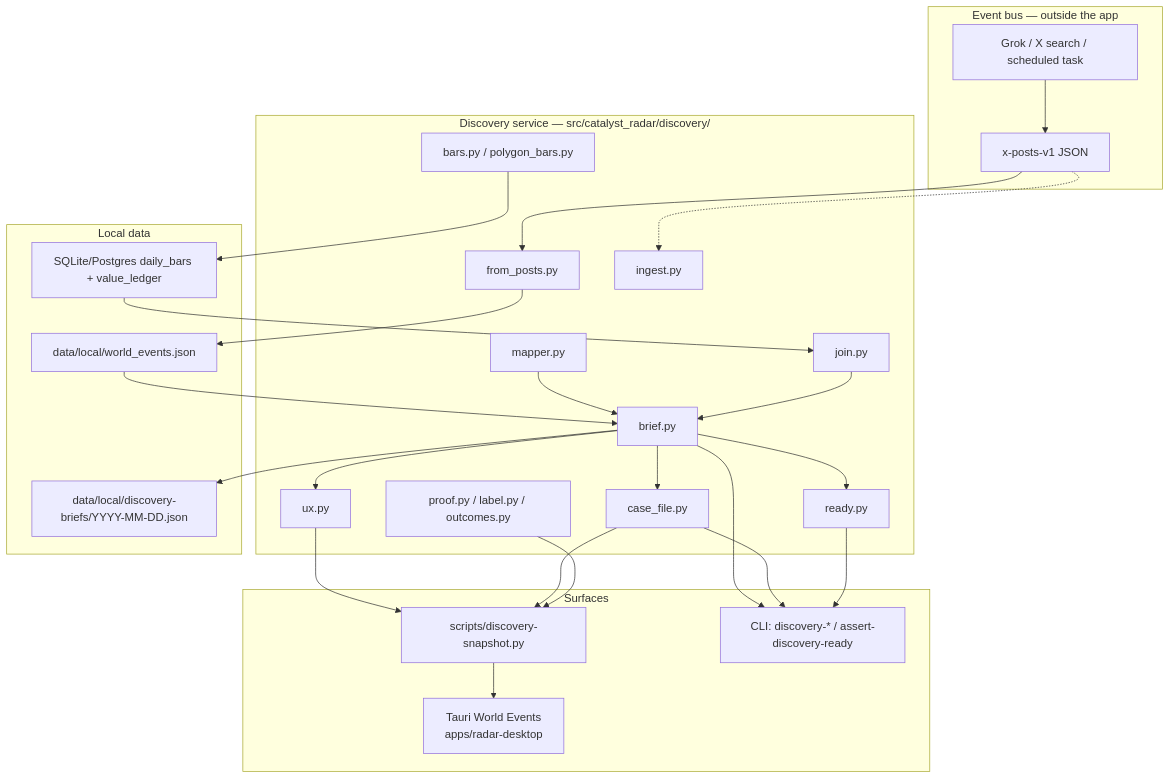
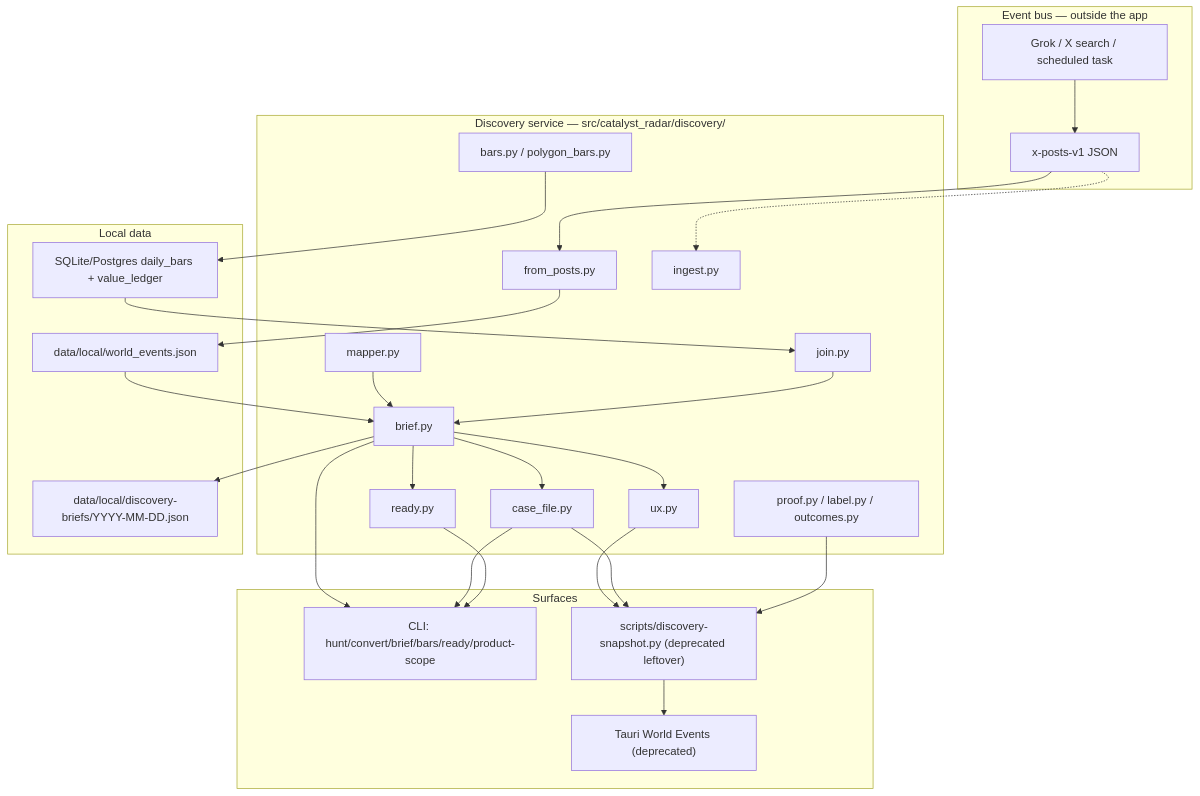
Before and after one commit to deaddeadbeef/MarketRadar: the third of 4 diagrams in docs/designs/2026-08-15-marketradar-product-spec.md, drawn with Mermaid. The commit also changed other lines of this file and 34 other files, not shown here.

First line of the commit message:
feat: make CLI the discovery receive surface (#1151)

````diff
--- a/docs/designs/2026-08-15-marketradar-product-spec.md
+++ b/docs/designs/2026-08-15-marketradar-product-spec.md
@@ -363,52 +365,52 @@
 ```mermaid
 flowchart TB
   subgraph bus["Event bus — outside the app"]
     grok["Grok / X search / scheduled task"]
     posts["x-posts-v1 JSON"]
     grok --> posts
   end
 
   subgraph python["Discovery service — src/catalyst_radar/discovery/"]
     fromp["from_posts.py"]
     ingest["ingest.py"]
     mapper["mapper.py"]
     brief["brief.py"]
     join["join.py"]
     bars["bars.py / polygon_bars.py"]
     ux["ux.py"]
     case["case_file.py"]
     proof["proof.py / label.py / outcomes.py"]
     ready["ready.py"]
   end
 
   subgraph data["Local data"]
     we["data/local/world_events.json"]
     db["SQLite/Postgres daily_bars + value_ledger"]
     persisted["data/local/discovery-briefs/YYYY-MM-DD.json"]
   end
 
   subgraph surfaces["Surfaces"]
-    tauri["Tauri World Events<br/>apps/radar-desktop"]
-    snap["scripts/discovery-snapshot.py"]
-    cli["CLI: discovery-* / assert-discovery-ready"]
+    cli["CLI: hunt/convert/brief/bars/ready/product-scope"]
+    snap["scripts/discovery-snapshot.py (deprecated leftover)"]
+    tauri["Tauri World Events (deprecated)"]
   end
 
   posts --> fromp --> we
   posts -.-> ingest
   we --> brief
   mapper --> brief
   db --> join
   join --> brief
   bars --> db
   brief --> ux
   brief --> case
   brief --> ready
   brief --> persisted
   ux --> snap
   case --> snap
   proof --> snap
   snap --> tauri
   brief --> cli
   case --> cli
   ready --> cli
 ```
````
